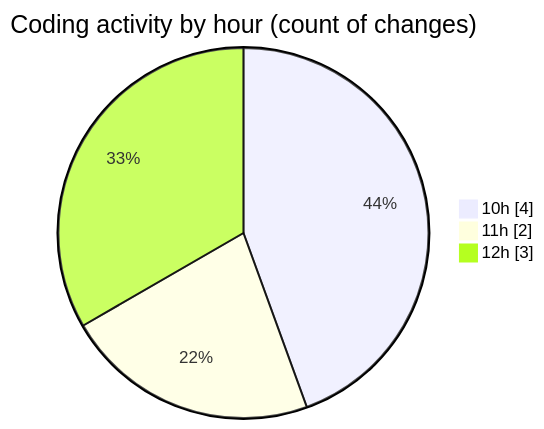
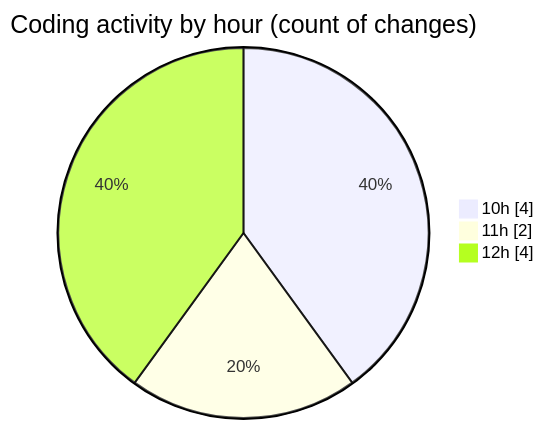
One commit to trdunsworth/code-tracking changed the second of 2 diagrams in 2025-04-23/synth_911data_gen/README.md. Above: the diagram before and after it, drawn with Mermaid. The commit also changed other lines of this file and 1 other file, not shown here.

````diff
--- a/2025-04-23/synth_911data_gen/README.md
+++ b/2025-04-23/synth_911data_gen/README.md
@@ -28,7 +28,7 @@
 ```mermaid
 pie showData
 title Coding activity by hour (count of changes)
 "10h" : 4
 "11h" : 2
-"12h" : 3
+"12h" : 4
 ```
````
